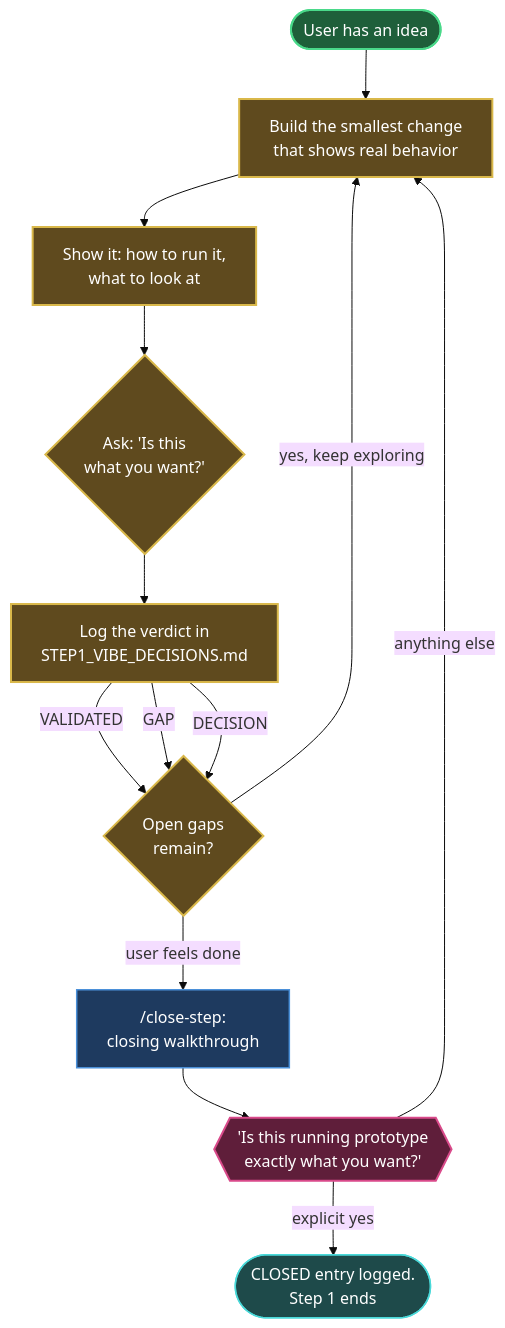
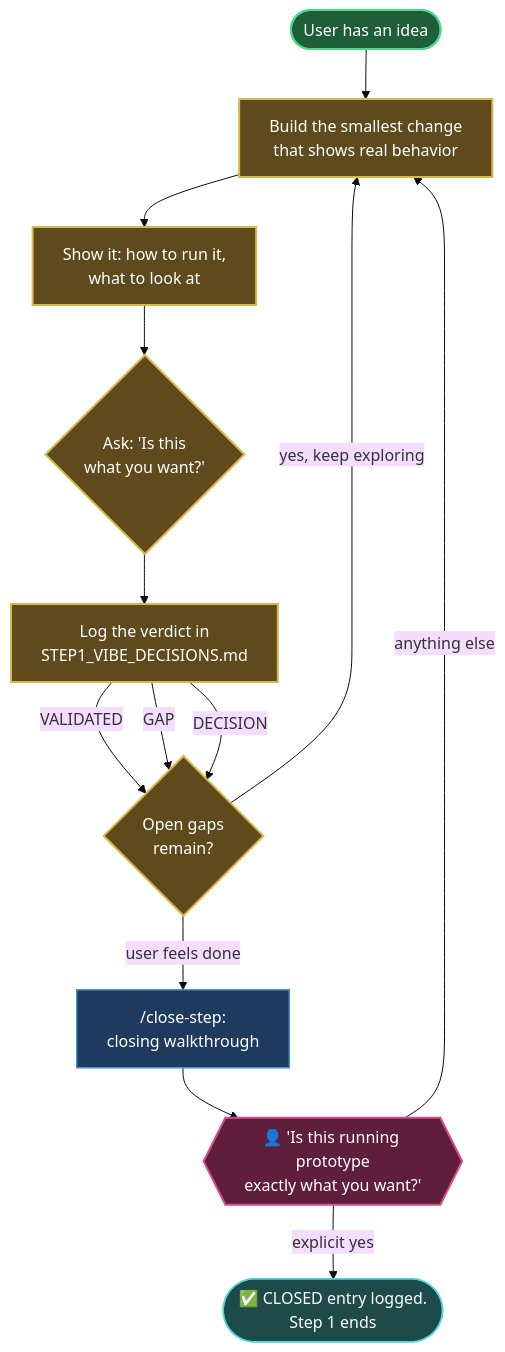
Before and after one commit to jeromeetienne/vibe_to_spec: the diagram in steps/step_01_exploration/README.md, drawn with Mermaid (base theme). The commit also changed 6 other files, not shown here.

First line of the commit message:
Apply global_workflow.md legend's symbols to all repo diagrams

````diff
--- a/steps/step_01_exploration/README.md
+++ b/steps/step_01_exploration/README.md
@@ -40,34 +40,34 @@
 ```mermaid
 flowchart TD
     Start(["User has an idea"]) --> Build["Build the smallest change
 that shows real behavior"]
     Build --> Show["Show it: how to run it,
 what to look at"]
     Show --> Ask{"Ask: 'Is this
 what you want?'"}
     Ask --> Log["Log the verdict in
 STEP1_VIBE_DECISIONS.md"]
     Log -->|"VALIDATED"| Continue{"Open gaps
 remain?"}
     Log -->|"GAP"| Continue
     Log -->|"DECISION"| Continue
     Continue -->|"yes, keep exploring"| Build
     Continue -->|"user feels done"| Close["/close-step:
 closing walkthrough"]
-    Close --> Final{{"'Is this running prototype
+    Close --> Final{{"👤 'Is this running prototype
 exactly what you want?'"}}
-    Final -->|"explicit yes"| Closed(["CLOSED entry logged.
+    Final -->|"explicit yes"| Closed(["✅ CLOSED entry logged.
 Step 1 ends"])
     Final -->|"anything else"| Build
 
     classDef loop fill:#5f4a1e,stroke:#d9b84a,stroke-width:2px,color:#fff;
     classDef cmd fill:#1e3a5f,stroke:#4a90d9,stroke-width:1.5px,color:#fff;
     classDef gate fill:#5f1e3a,stroke:#d94a8a,stroke-width:2px,color:#fff;
     classDef rec fill:#1e4a4a,stroke:#4ad9d9,stroke-width:1.5px,color:#fff;
     classDef done fill:#1e5f3a,stroke:#4ad98a,stroke-width:2px,color:#fff;
     class Start done;
     class Build,Show,Ask,Log,Continue loop;
     class Close cmd;
     class Final gate;
     class Closed rec;
 ```
````
